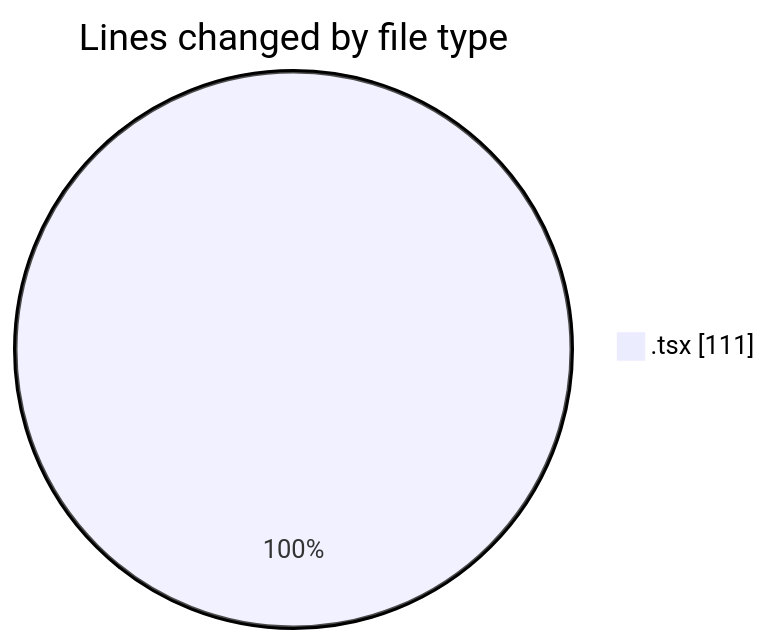
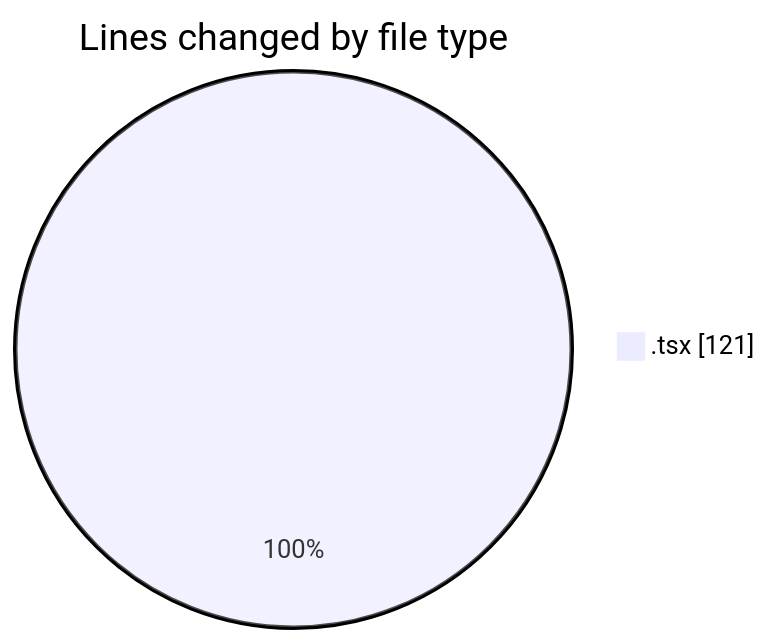
Before and after one commit to momahboobian/code-tracking: the first of 2 diagrams in 2025-03-27/cda/README.md, drawn with Mermaid. The commit also changed other lines of this file and 1 other file, not shown here.

````diff
--- a/2025-03-27/cda/README.md
+++ b/2025-03-27/cda/README.md
@@ -20,5 +20,5 @@
 ```mermaid
 pie showData
 title Lines changed by file type
-".tsx" : 111
+".tsx" : 121
 ```
````
